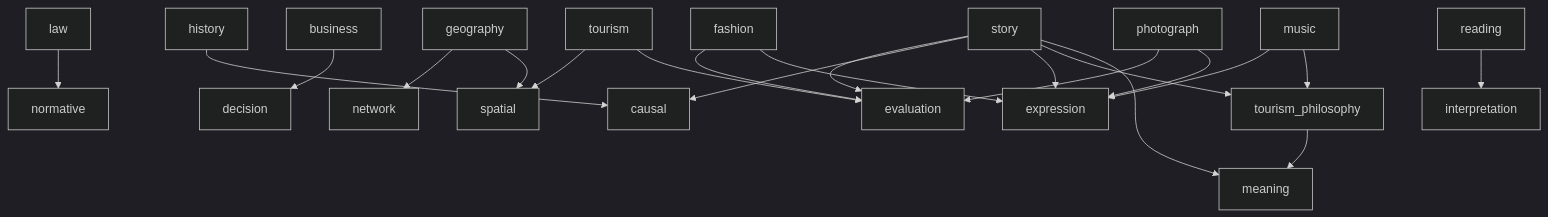
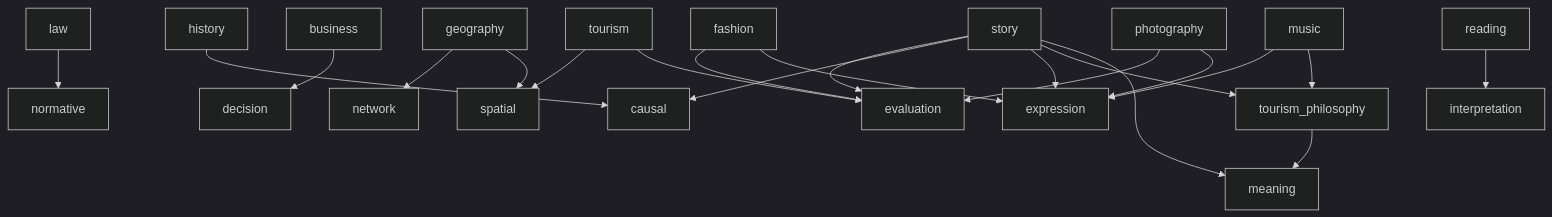
The second of 2 diagrams in 02_zettelkasten/21_domain/00 Domain Routing.md (aokicreativeoffice/AokiCreativeOfficeGTD), drawn with Mermaid (dark theme) before and after one commit.

Commit message:
vault backup: 2026-03-21 15:55:18

````diff
--- a/02_zettelkasten/21_domain/00 Domain Routing.md
+++ b/02_zettelkasten/21_domain/00 Domain Routing.md
@@ -20,48 +20,48 @@
 ```mermaid
 flowchart TD
 
 L[law]
 NM[normative]
 H[history]
 CS[causal]
 B[business]
 DS[decision]
 G[geography]
 SP[spatial]
 NW[network]
 T[tourism]
 EL[evaluation]
-P[photograph]
+P[photography]
 SP[spatial]
 S[story]
 MN[meaning]
 TP[temporal]
 EX[expression]
 R[reading]
 IP[interpretation]
 M[music]
 F[fashion]
 TP[tourism_philosophy]
 
 L --> NM
 H --> CS
 B --> DS
 G --> SP
 G --> NW
 T --> EL
 T --> SP
 S --> MN
 S --> TP
 S --> EX
 S --> CS
 S --> EL
 R --> IP
 P --> EX
 P --> EL
 M --> TP
 M --> EX
 F --> EX
 F --> EL
 TP --> MN
 
 ```
````
